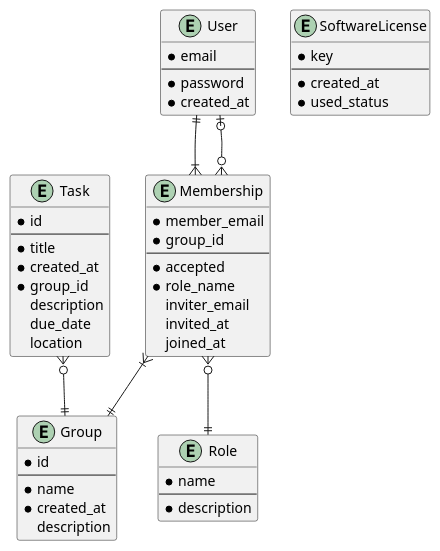
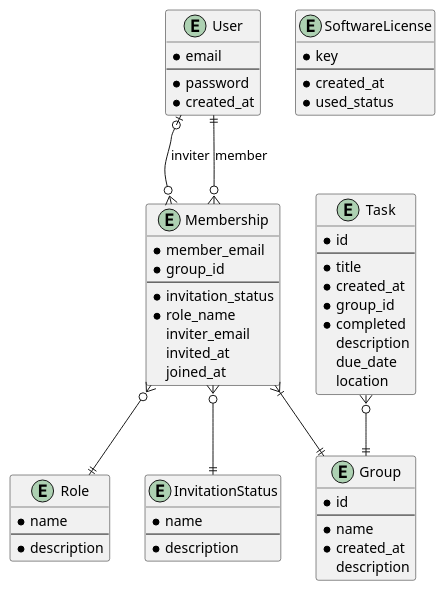
The diagram in documentation/Design_Implementation/erd.puml (OmerEgeOzyaba/CSCI3100-project), drawn with PlantUML before and after one commit. The commit also changed 1 other file, not shown here.

Commit message:
adapt ERD

```diff
--- a/documentation/Design_Implementation/erd.puml
+++ b/documentation/Design_Implementation/erd.puml
@@ -1,67 +1,88 @@
 @startuml
+'General ERD explanation
+'An entity is a Table in the DB (think of an Excel table)
+'Everything before the -- is the Primary Key, so a UID for an entry (Each user is identified by its email, no email twice)
+'If an attribute starts with a *, its mandatory
+'If not, its optional
+
+'||- means exactly one
+'|o- means zero or one
+'}|- means one or more
+'}o- means zero or more
+'User ||--|{ Membership: This means a Membership entry has exactly one user, and a user has at least one Membership
 
 entity User {
   'User has no username, only email
   'As email is unique, it can be ID
   * email
   --
   * password
   * created_at
 }
 
 entity Task {
+  'Task has no unique property, so we generate an ID
   * id
   --
   * title
   * created_at
   * group_id
+  * completed
   description
   due_date
   location
 }
 
 entity Group {
   * id
   --
   * name
   * created_at
   description
 }
 
+'Contributer, admin, etc...
 entity Role {
   * name
   --
   * description
 }
 
+entity InvitationStatus {
+  * name
+  --
+  * description
+}
+
+'Membership if accepted -> TRUE, Invitation if accpeted -> FALSE (so not accepted yet)
+'By combining with Invitation, we make sure that a member_email and group_id combination is unique over the whole DB:
+'So an invite is not possible if already member
+'So an invite is not possivle if already an invite pending
+'When invite accpeted -> just change accepted value
+'When invite declined -> delete whole entry
+'Inviter can be empty for the default group
 entity Membership {
-  'This design means:
-  'One invitation of a user to a certain group at a time
-  'A user cannot be invited to a group he is part of
   * member_email
   * group_id
   --
-  'If 0 this is an open invitation
-  * accepted 
+  * invitation_status
   * role_name
   inviter_email
   invited_at
   joined_at
 }
 
 entity SoftwareLicense {
   * key
   --
   * created_at
   * used_status
 }
 
-'Memberships and Invitations to Groups
-User ||--|{ Membership 
-'Invatations of other Users
-User |o--o{ Membership 
+User |o--o{ Membership : inviter
+User ||--o{ Membership  : member
 Membership }|--|| Group
 Membership }o--|| Role
+Membership }o--|| InvitationStatus
 Task }o--|| Group
-
 @enduml
```
